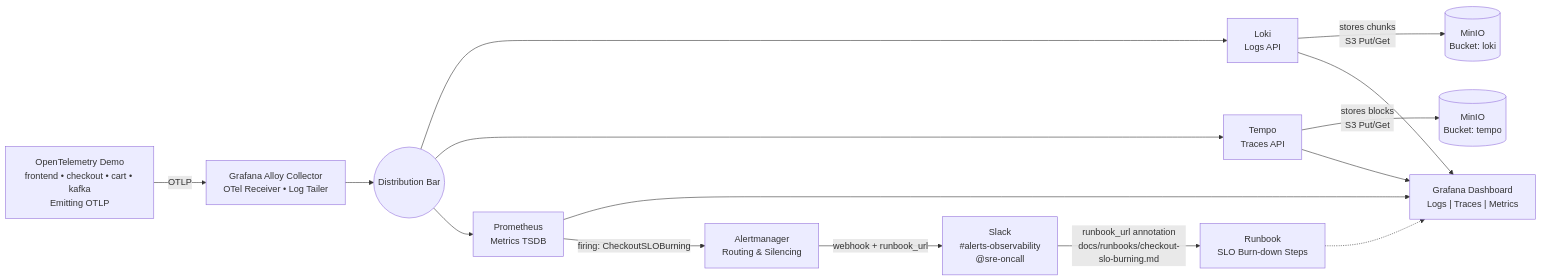
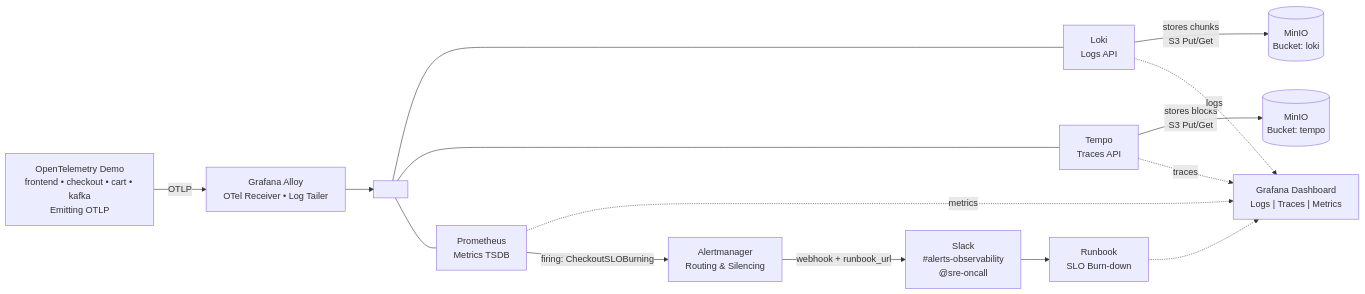
Before and after one commit to SwamyVaditya/k3d-observability-lab: the diagram in README.md, drawn with Mermaid. The commit also changed other lines of this file and 2 other files, not shown here.

First line of the commit message:
feat(docs): add 7 SRE failure scenarios, badges and fix Diagram 2

````diff
--- a/README.md
+++ b/README.md
@@ -41,22 +47,18 @@
 ```mermaid
 flowchart LR
-    OTel["OpenTelemetry Demo<br/>frontend • checkout • cart • kafka<br/>Emitting OTLP"] -- OTLP --> Alloy["Grafana Alloy Collector<br/>OTel Receiver • Log Tailer"]
-
-    Alloy --> Distrib((Distribution Bar))
-    Distrib --> Loki["Loki<br/>Logs API"]
-    Distrib --> Tempo["Tempo<br/>Traces API"]
-    Distrib --> Prom["Prometheus<br/>Metrics TSDB"]
-
+    OTel["OpenTelemetry Demo<br/>frontend • checkout • cart • kafka<br/>Emitting OTLP"] -- OTLP --> Alloy["Grafana Alloy<br/>OTel Receiver • Log Tailer"]
+    Alloy --> HLine[" "]
+    HLine --- Loki["Loki<br/>Logs API"]
+    HLine --- Tempo["Tempo<br/>Traces API"]
+    HLine --- Prom["Prometheus<br/>Metrics TSDB"]
     Loki -- "stores chunks<br/>S3 Put/Get" --> MinIO_Loki[("MinIO<br/>Bucket: loki")]
     Tempo -- "stores blocks<br/>S3 Put/Get" --> MinIO_Tempo[("MinIO<br/>Bucket: tempo")]
-
-    Loki --> Grafana["Grafana Dashboard<br/>Logs | Traces | Metrics"]
-    Tempo --> Grafana
-    Prom --> Grafana
-
+    Loki -. logs .-> Grafana["Grafana Dashboard<br/>Logs | Traces | Metrics"]
+    Tempo -. traces .-> Grafana
+    Prom -. metrics .-> Grafana
     Prom -- "firing: CheckoutSLOBurning" --> AM["Alertmanager<br/>Routing & Silencing"]
     AM -- "webhook + runbook_url" --> Slack["Slack<br/>#alerts-observability<br/>@sre-oncall"]
-    Slack -- "runbook_url annotation<br/>docs/runbooks/checkout-slo-burning.md" --> Runbook["Runbook<br/>SLO Burn-down Steps"]
+    Slack --> Runbook["Runbook<br/>SLO Burn-down"]
     Runbook -.-> Grafana
 
 ```
````
